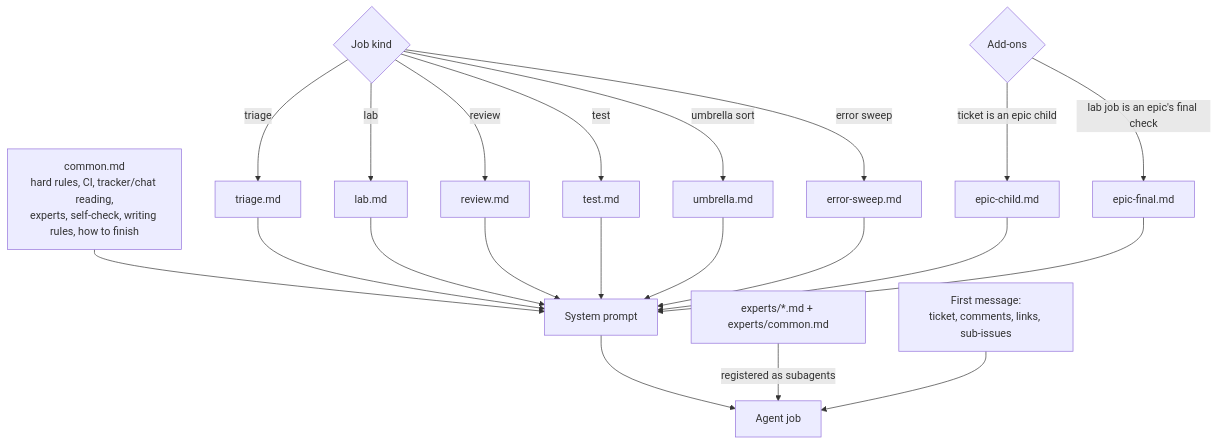
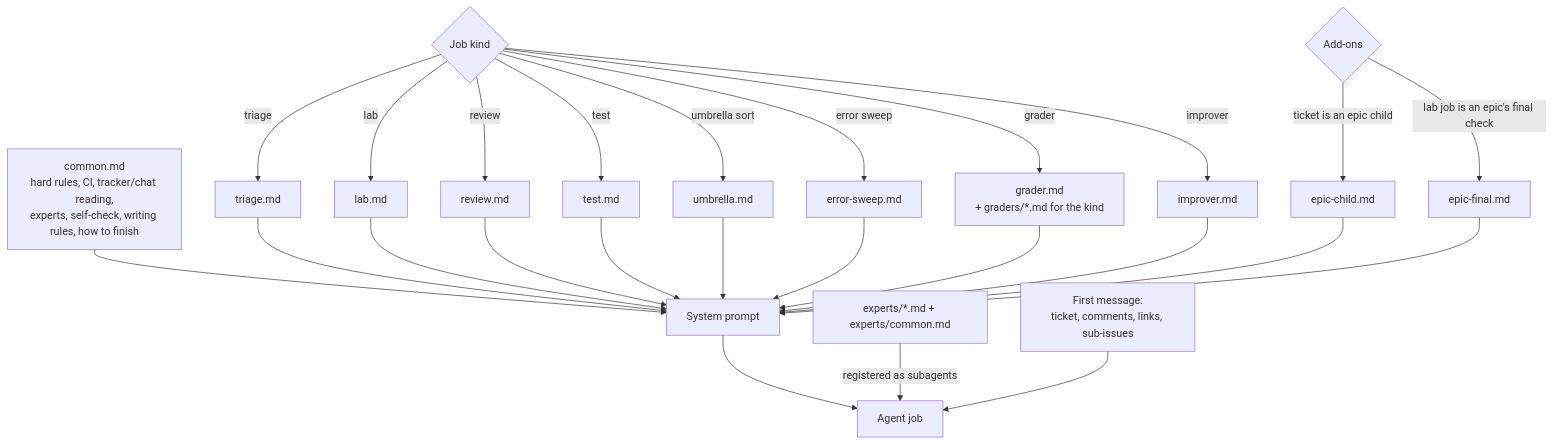
One commit to alairock/agent-console-spec changed the diagram in prompts/README.md. Above: the diagram before and after it, drawn with Mermaid. The commit also changed other lines of this file and 15 other files, not shown here.

````diff
--- a/prompts/README.md
+++ b/prompts/README.md
@@ -10,19 +10,21 @@
 ```mermaid
 flowchart TB
   C[common.md<br/>hard rules, CI, tracker/chat reading,<br/>experts, self-check, writing rules, how to finish]
   K{Job kind}
   C --> P[System prompt]
   K -->|triage| T[triage.md]
   K -->|lab| L[lab.md]
   K -->|review| R[review.md]
   K -->|test| TE[test.md]
   K -->|umbrella sort| U[umbrella.md]
   K -->|error sweep| E[error-sweep.md]
-  T & L & R & TE & U & E --> P
+  K -->|grader| GR["grader.md<br/>+ graders/*.md for the kind"]
+  K -->|improver| IM[improver.md]
+  T & L & R & TE & U & E & GR & IM --> P
   A{Add-ons} -->|ticket is an epic child| EC[epic-child.md]
   A -->|lab job is an epic's final check| EF[epic-final.md]
   EC & EF --> P
   P --> J[Agent job]
   X[experts/*.md + experts/common.md] -->|registered as subagents| J
   F[First message:<br/>ticket, comments, links, sub-issues] --> J
 ```
````
